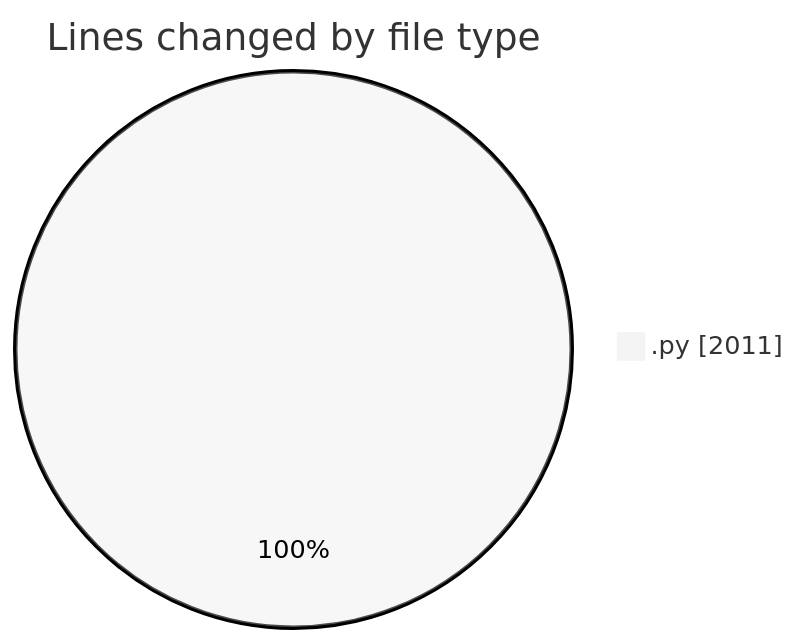
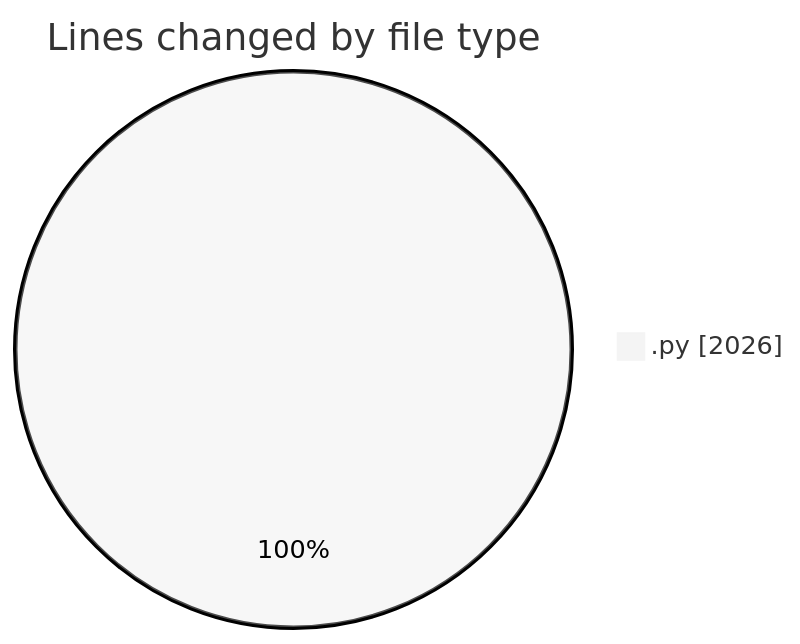
Before and after one commit to MatusMokan/code-tracking: the first of 2 diagrams in 2025-04-12/myws__workspace_/README.md, drawn with Mermaid (neutral theme). The commit also changed other lines of this file and 1 other file, not shown here.

````diff
--- a/2025-04-12/myws__workspace_/README.md
+++ b/2025-04-12/myws__workspace_/README.md
@@ -22,5 +22,5 @@
 ```mermaid
 pie showData
 title Lines changed by file type
-".py" : 2011
+".py" : 2026
 ```
````
